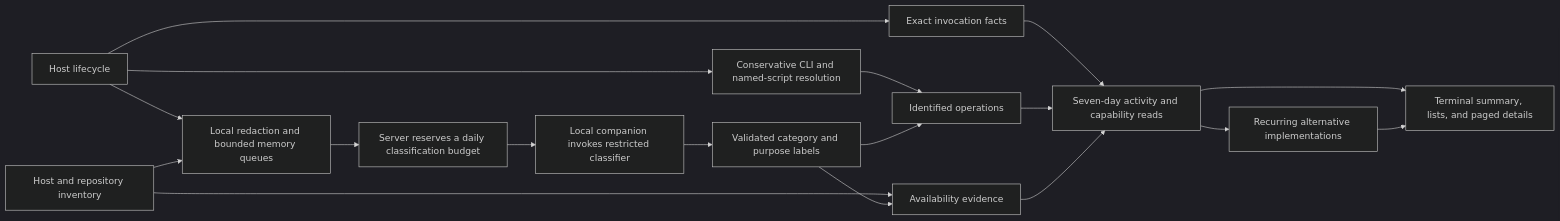
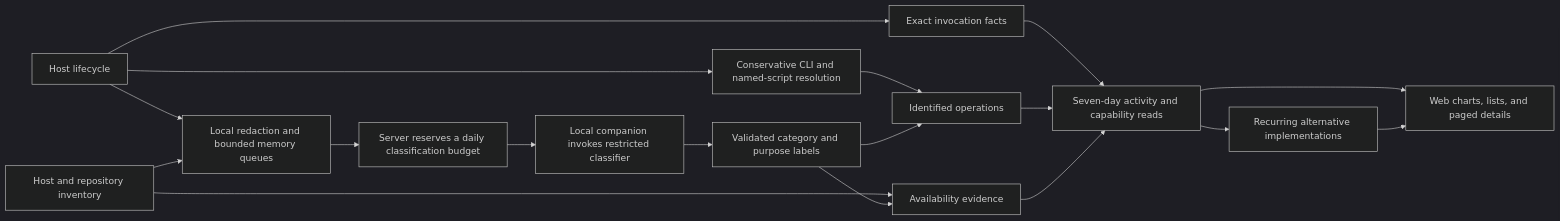
One commit to warrenronsiek/nexus changed the second of 2 diagrams in docs/features/usage-analytics.md. Above: the diagram before and after it, drawn with Mermaid (dark theme). The commit also changed other lines of this file and 218 other files, not shown here.

Commit message:
Replace terminal dashboard with authenticated Elm and D3 web UI

````diff
--- a/docs/features/usage-analytics.md
+++ b/docs/features/usage-analytics.md
@@ -59,20 +59,20 @@
 ```mermaid
 flowchart LR
     H[Host lifecycle] --> F[Exact invocation facts]
     H --> D[Conservative CLI and named-script resolution]
     I[Host and repository inventory] --> E[Availability evidence]
     D --> A[Identified operations]
     H --> R[Local redaction and bounded memory queues]
     I --> R
     R --> B[Server reserves a daily classification budget]
     B --> M[Local companion invokes restricted classifier]
     M --> L[Validated category and purpose labels]
     L --> A
     L --> E
     F --> Q[Seven-day activity and capability reads]
     A --> Q
     E --> Q
     Q --> O[Recurring alternative implementations]
-    Q --> T[Terminal summary, lists, and paged details]
+    Q --> T[Web charts, lists, and paged details]
     O --> T
 ```
````
